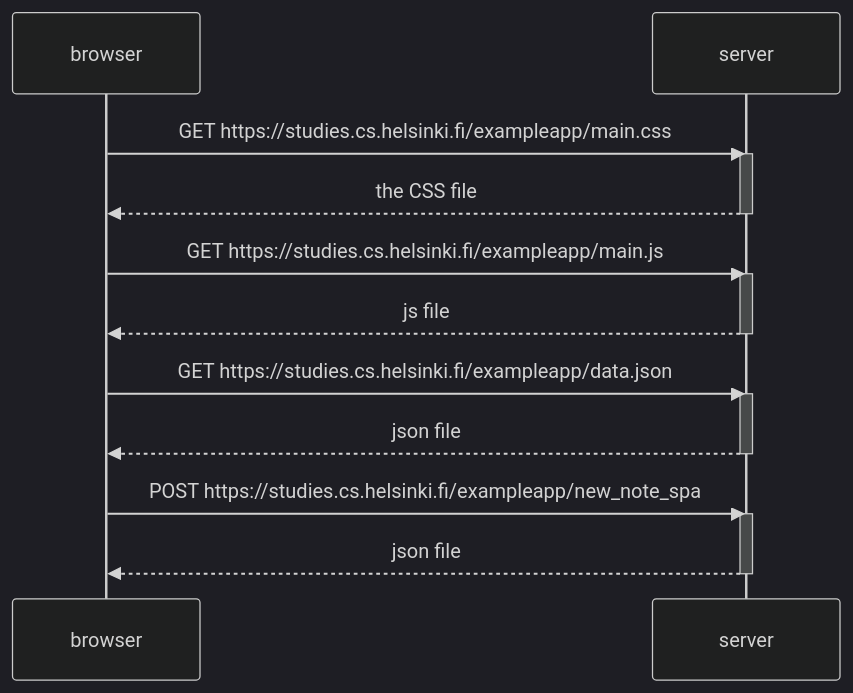
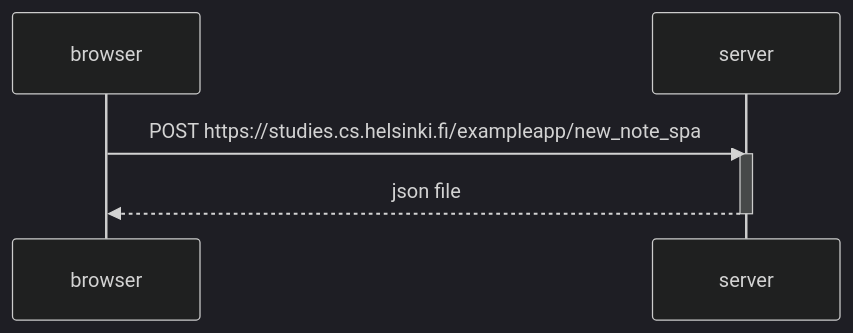
The diagram in 0.6.md (LeoKay-J/FullStackOpen), drawn with Mermaid (dark theme) before and after one commit.

````diff
--- a/0.6.md
+++ b/0.6.md
@@ -1,28 +1,10 @@
 ```mermaid
 sequenceDiagram
     participant browser
     participant server
-
-
-    browser->>server: GET https://studies.cs.helsinki.fi/exampleapp/main.css
-    activate server
-    server-->>browser: the CSS file
-    deactivate server
-
-
-    browser->>server: GET https://studies.cs.helsinki.fi/exampleapp/main.js
-    activate server
-    server-->>browser: js file
-    deactivate server
-
-
-    browser->>server: GET https://studies.cs.helsinki.fi/exampleapp/data.json
-    activate server
-    server-->>browser: json file
-    deactivate server
 
     browser->>server: POST https://studies.cs.helsinki.fi/exampleapp/new_note_spa
     activate server
     server-->>browser: json file
     deactivate server
 ```
````
